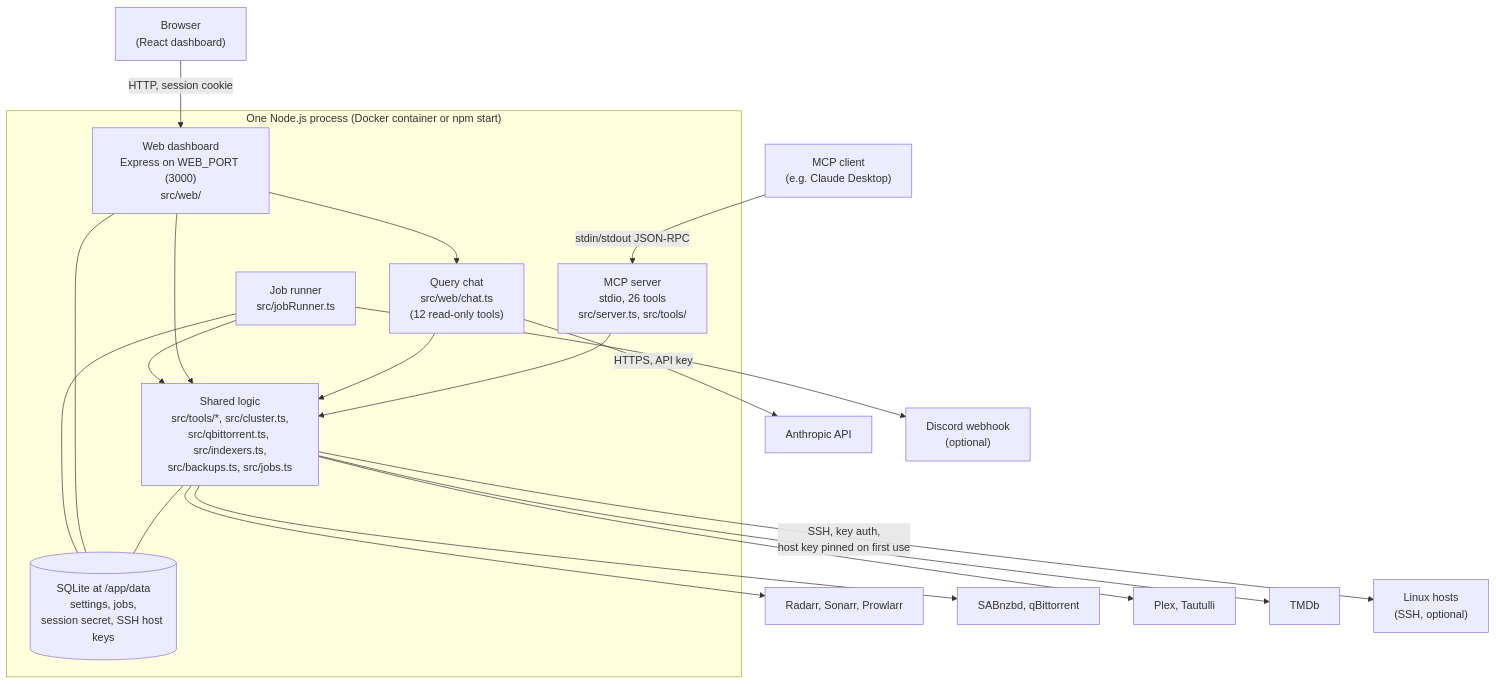
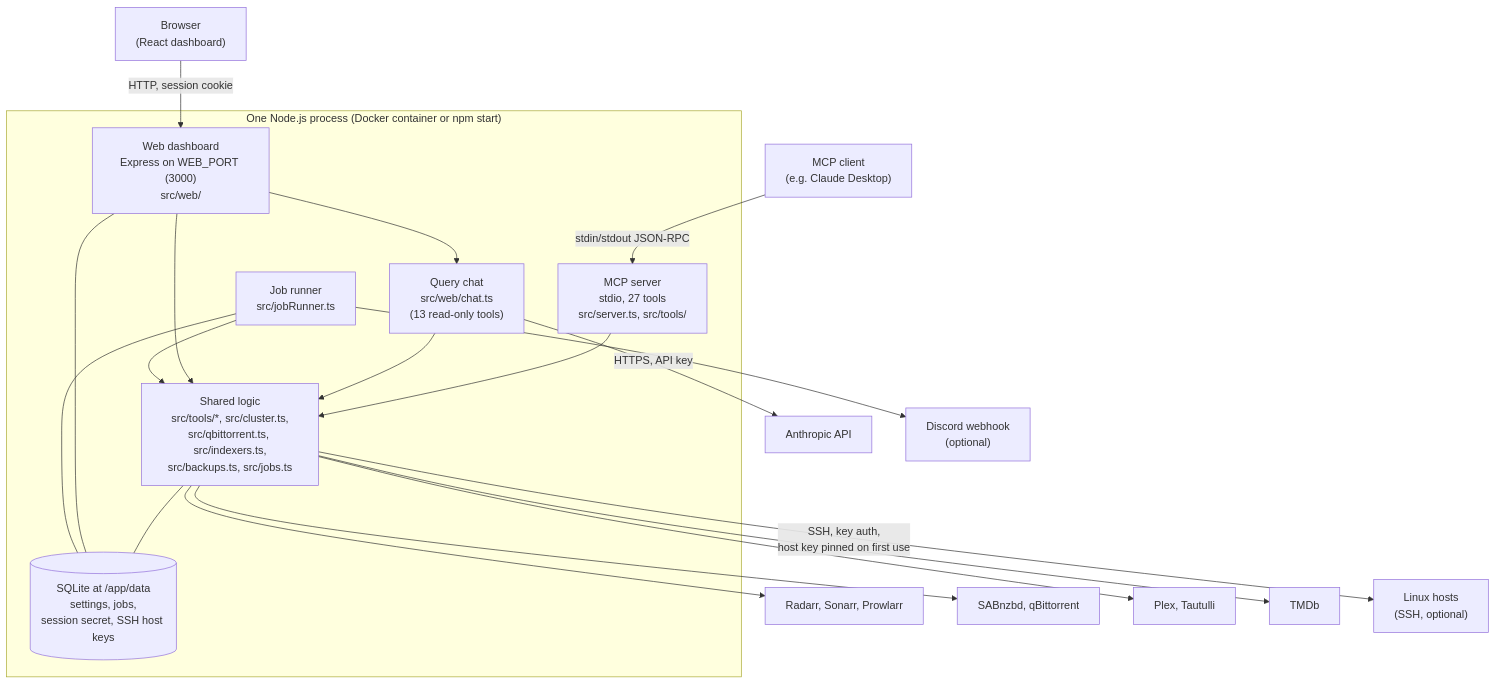
One commit to HoneyBearTech/plex-director-mcp changed the diagram in docs/architecture.md. Above: the diagram before and after it, drawn with Mermaid. The commit also changed other lines of this file and 21 other files, not shown here.

````diff
--- a/docs/architecture.md
+++ b/docs/architecture.md
@@ -10,38 +10,38 @@
 ```mermaid
 flowchart TB
     browser["Browser<br/>(React dashboard)"]
     desktop["MCP client<br/>(e.g. Claude Desktop)"]
     subgraph container["One Node.js process (Docker container or npm start)"]
-        mcp["MCP server<br/>stdio, 26 tools<br/>src/server.ts, src/tools/"]
+        mcp["MCP server<br/>stdio, 27 tools<br/>src/server.ts, src/tools/"]
         web["Web dashboard<br/>Express on WEB_PORT (3000)<br/>src/web/"]
-        chat["Query chat<br/>src/web/chat.ts<br/>(12 read-only tools)"]
+        chat["Query chat<br/>src/web/chat.ts<br/>(13 read-only tools)"]
         runner["Job runner<br/>src/jobRunner.ts"]
         logic["Shared logic<br/>src/tools/*, src/cluster.ts,<br/>src/qbittorrent.ts, src/indexers.ts,<br/>src/backups.ts, src/jobs.ts"]
         db[("SQLite at /app/data<br/>settings, jobs,<br/>session secret, SSH host keys")]
     end
     anthropic["Anthropic API"]
     servarr["Radarr, Sonarr, Prowlarr"]
     dl["SABnzbd, qBittorrent"]
     plex["Plex, Tautulli"]
     tmdb["TMDb"]
     hosts["Linux hosts<br/>(SSH, optional)"]
     discord["Discord webhook<br/>(optional)"]
 
     desktop -- "stdin/stdout JSON-RPC" --> mcp
     browser -- "HTTP, session cookie" --> web
     web --> chat
     chat -- "HTTPS, API key" --> anthropic
     mcp --> logic
     chat --> logic
     web --> logic
     runner --> logic
     logic --- db
     web --- db
     runner --- db
     logic --> servarr
     logic --> dl
     logic --> plex
     logic --> tmdb
     logic -- "SSH, key auth,<br/>host key pinned on first use" --> hosts
     runner --> discord
 ```
````
